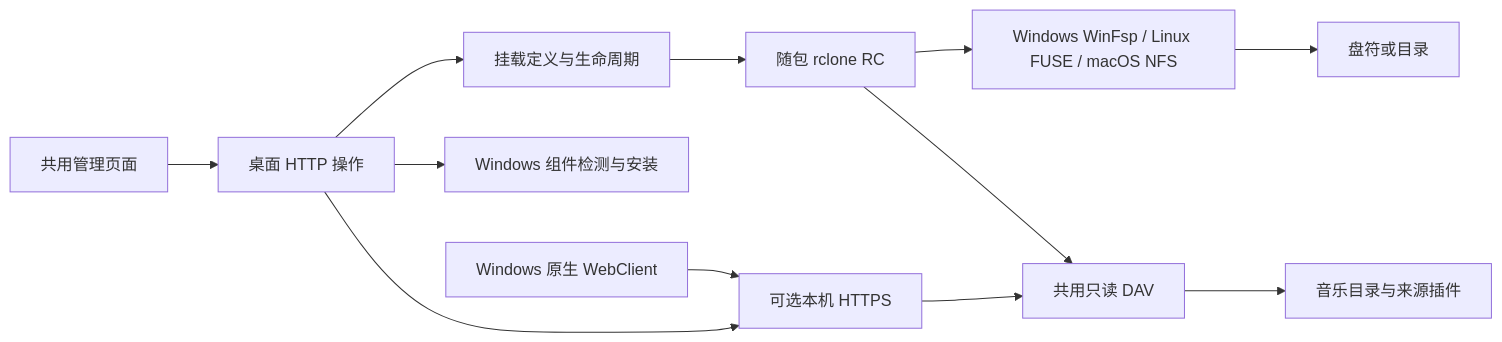
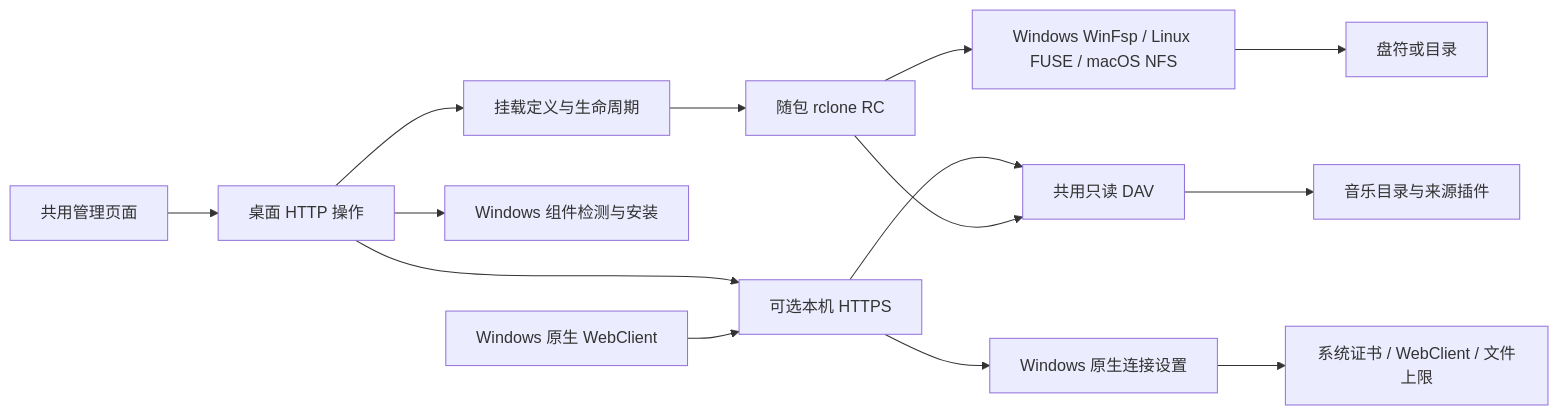
Before and after one commit to shengyusi-SYS/musicfs: the diagram in docs/architecture/desktop-mounts.md, drawn with Mermaid. The commit also changed other lines of this file and 12 other files, not shown here.

Commit message:
feat(desktop): manage native WebDAV file transfer limit

````diff
--- a/docs/architecture/desktop-mounts.md
+++ b/docs/architecture/desktop-mounts.md
@@ -5,14 +5,16 @@
 ```mermaid
 flowchart LR
   UI[共用管理页面] --> API[桌面 HTTP 操作]
   API --> Mount[挂载定义与生命周期]
   API --> Setup[Windows 组件检测与安装]
   API --> TLS[可选本机 HTTPS]
+  TLS --> Native[Windows 原生连接设置]
+  Native --> Client[系统证书 / WebClient / 文件上限]
   Mount --> RC[随包 rclone RC]
   RC --> Bridge[Windows WinFsp / Linux FUSE / macOS NFS]
   Bridge --> Drive[盘符或目录]
   Explorer[Windows 原生 WebClient] --> TLS
   TLS --> DAV[共用只读 DAV]
   RC --> DAV
   DAV --> Library[音乐目录与来源插件]
 ```
````
